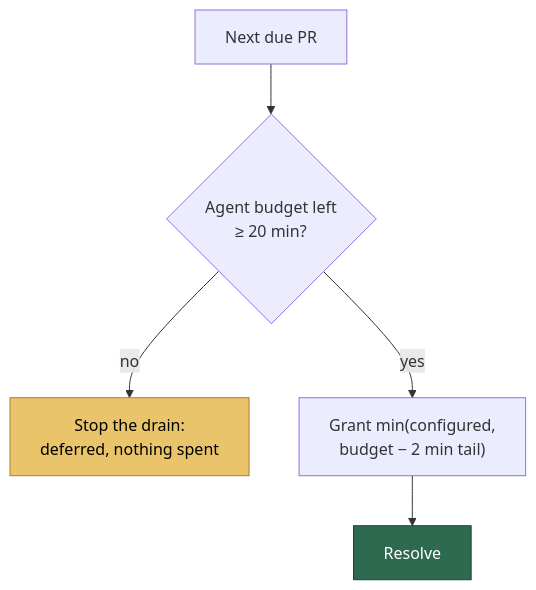
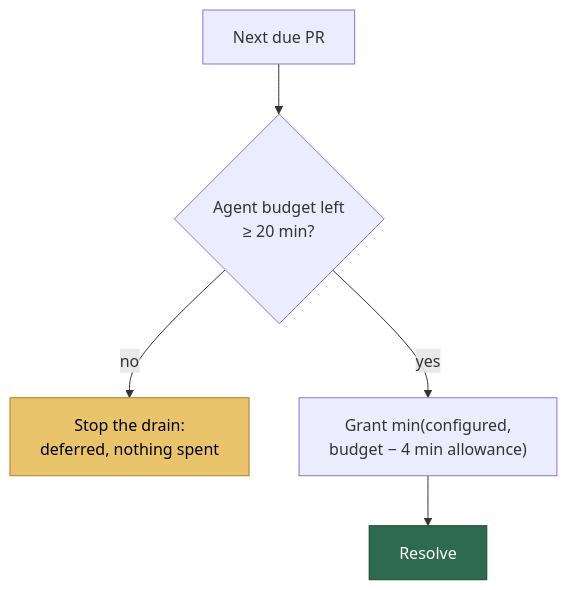
Before and after one commit to stSoftwareAU/VibeCoder: the fourth of 5 diagrams in docs/workflows/merge-conflicts.md, drawn with Mermaid. The commit also changed other lines of this file and 4 other files, not shown here.

````diff
--- a/docs/workflows/merge-conflicts.md
+++ b/docs/workflows/merge-conflicts.md
@@ -661,9 +666,9 @@
 ```mermaid
 flowchart TD
     A[Next due PR] --> B{"Agent budget left<br/>≥ 20 min?"}
     B -->|no| C[Stop the drain:<br/>deferred, nothing spent]
-    B -->|yes| D["Grant min(configured,<br/>budget − 2 min tail)"]
+    B -->|yes| D["Grant min(configured,<br/>budget − 4 min allowance)"]
     D --> E[Resolve]
     style C fill:#e9c46a,stroke:#b07d2b,color:#000
     style E fill:#2d6a4f,stroke:#1b4332,color:#fff
 ```
````
